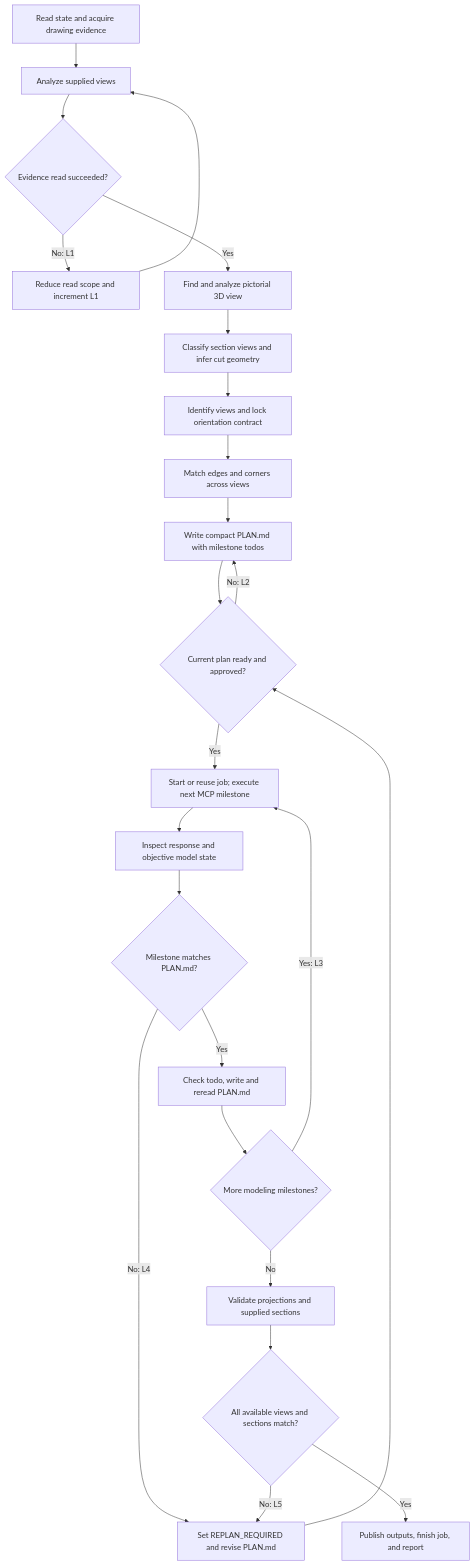
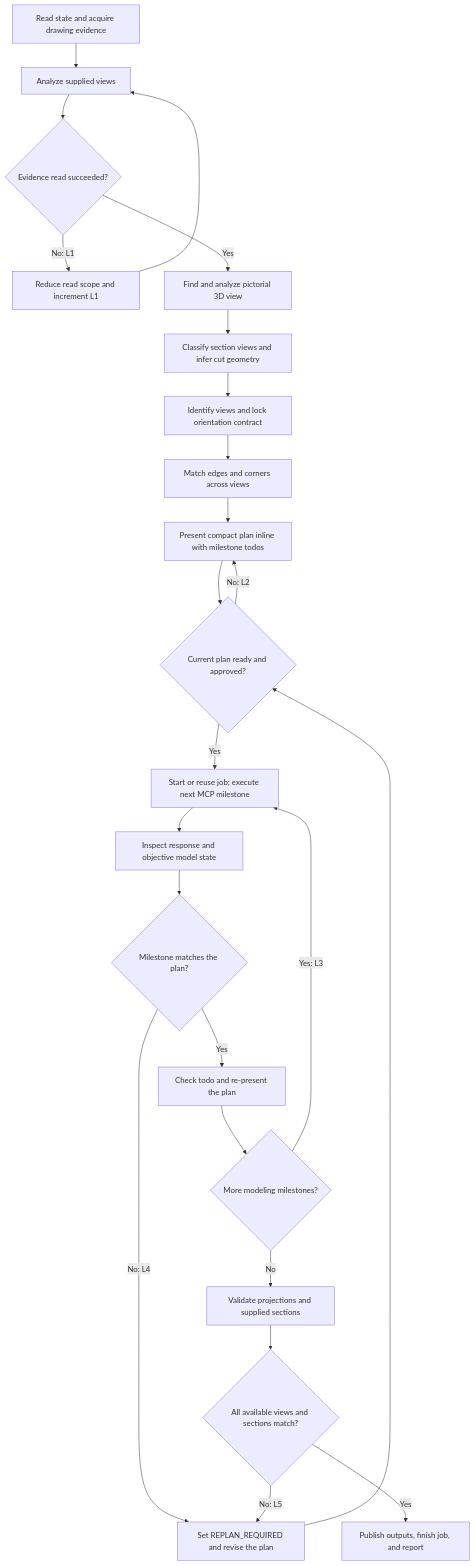
Before and after one commit to tian-yu200/dsh-solidworks: the diagram in .dsh/skills/solidworks-cad/SKILL.md, drawn with Mermaid. The commit also changed other lines of this file and 11 other files, not shown here.

First line of the commit message:
Keep job_token and schema readable under host output elision

````diff
--- a/.dsh/skills/solidworks-cad/SKILL.md
+++ b/.dsh/skills/solidworks-cad/SKILL.md
@@ -73,26 +78,26 @@
 ```mermaid
 flowchart TD
     A["Read state and acquire drawing evidence"] --> B["Analyze supplied views"]
     B --> Q{"Evidence read succeeded?"}
     Q -- "No: L1" --> R["Reduce read scope and increment L1"]
     R --> B
     Q -- "Yes" --> P["Find and analyze pictorial 3D view"]
     P --> S["Classify section views and infer cut geometry"]
     S --> O["Identify views and lock orientation contract"]
     O --> C["Match edges and corners across views"]
-    C --> D["Write compact PLAN.md with milestone todos"]
+    C --> D["Present compact plan inline with milestone todos"]
     D --> E{"Current plan ready and approved?"}
     E -- "No: L2" --> D
     E -- "Yes" --> F["Start or reuse job; execute next MCP milestone"]
     F --> G["Inspect response and objective model state"]
-    G --> H{"Milestone matches PLAN.md?"}
-    H -- "No: L4" --> X["Set REPLAN_REQUIRED and revise PLAN.md"]
+    G --> H{"Milestone matches the plan?"}
+    H -- "No: L4" --> X["Set REPLAN_REQUIRED and revise the plan"]
     X --> E
-    H -- "Yes" --> I["Check todo, write and reread PLAN.md"]
+    H -- "Yes" --> I["Check todo and re-present the plan"]
     I --> J{"More modeling milestones?"}
     J -- "Yes: L3" --> F
     J -- "No" --> K["Validate projections and supplied sections"]
     K --> L{"All available views and sections match?"}
     L -- "No: L5" --> X
     L -- "Yes" --> M["Publish outputs, finish job, and report"]
 ```
````
